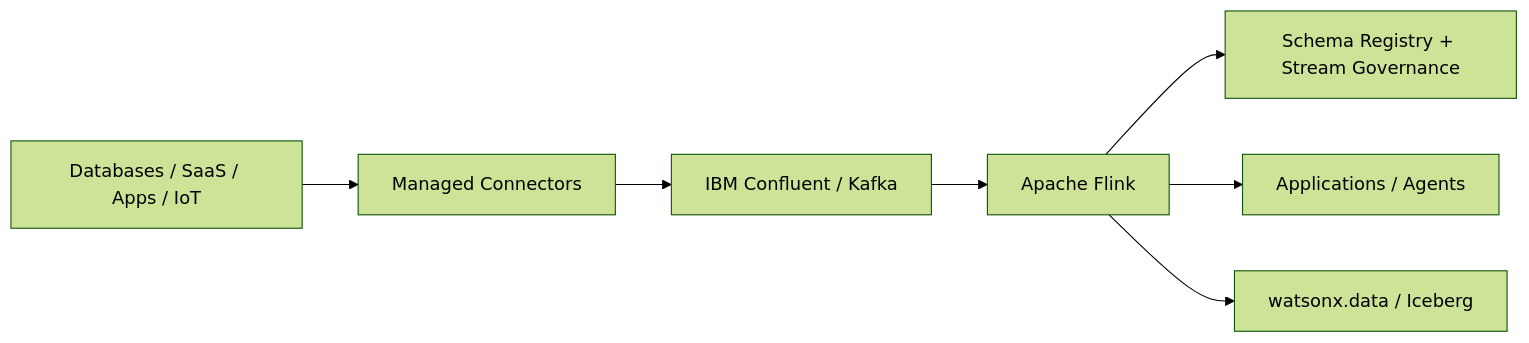
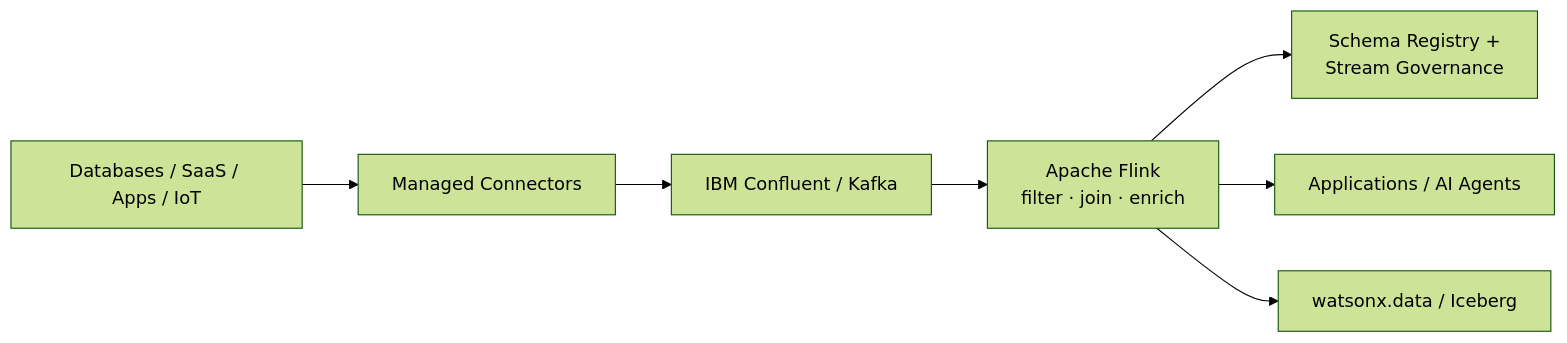
Before and after one commit to ibm-self-serve-assets/building-blocks2.0: the diagram in docs-src/data-core/context/real-time-streaming/index.md, drawn with Mermaid (forest theme). The commit also changed other lines of this file and 14 other files, not shown here.

````diff
--- a/docs-src/data-core/context/real-time-streaming/index.md
+++ b/docs-src/data-core/context/real-time-streaming/index.md
@@ -50,9 +64,9 @@
 ```mermaid
 flowchart LR
-    S[Databases / SaaS / Apps / IoT] --> C[Managed Connectors]
-    C --> K[IBM Confluent / Kafka]
-    K --> F[Apache Flink]
-    F --> G[Schema Registry + Stream Governance]
-    F --> A[Applications / Agents]
-    F --> W[watsonx.data / Iceberg]
+    S["Databases / SaaS / Apps / IoT"] --> C["Managed Connectors"]
+    C --> K["IBM Confluent / Kafka"]
+    K --> F["Apache Flink<br/>filter · join · enrich"]
+    F --> G["Schema Registry +<br/>Stream Governance"]
+    F --> A["Applications / AI Agents"]
+    F --> W["watsonx.data / Iceberg"]
 ```
````
